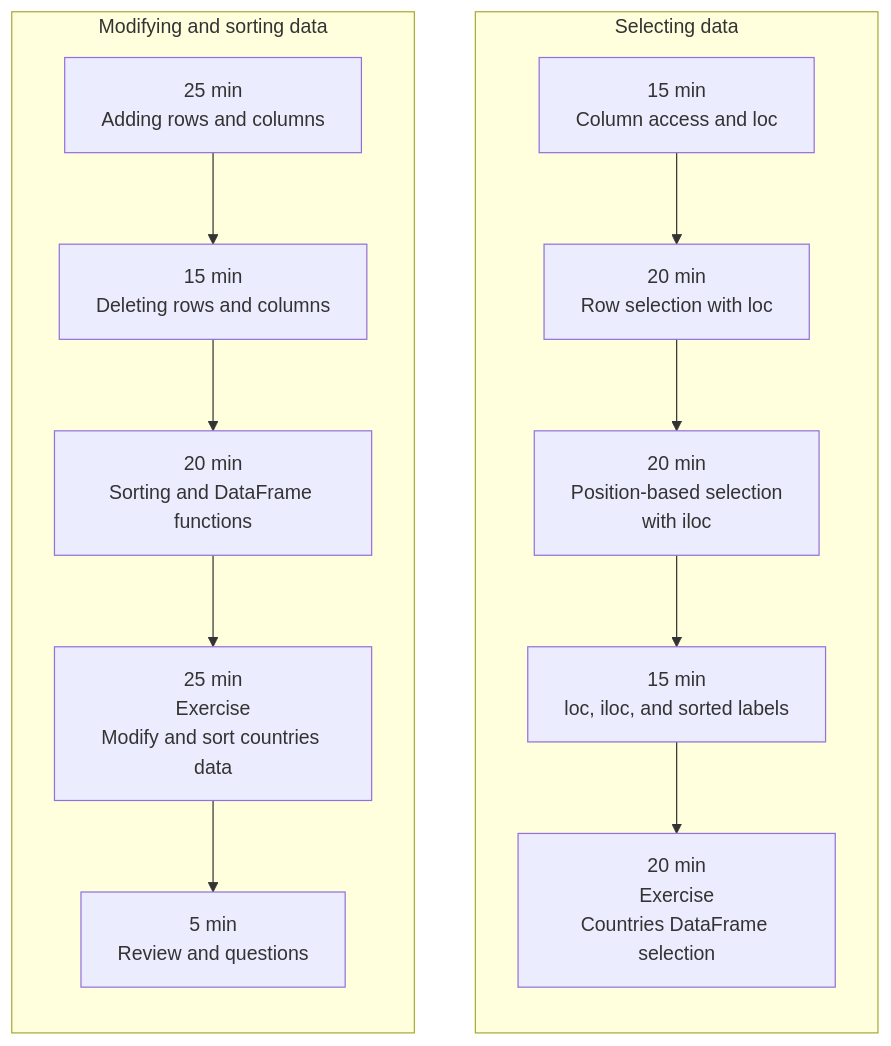
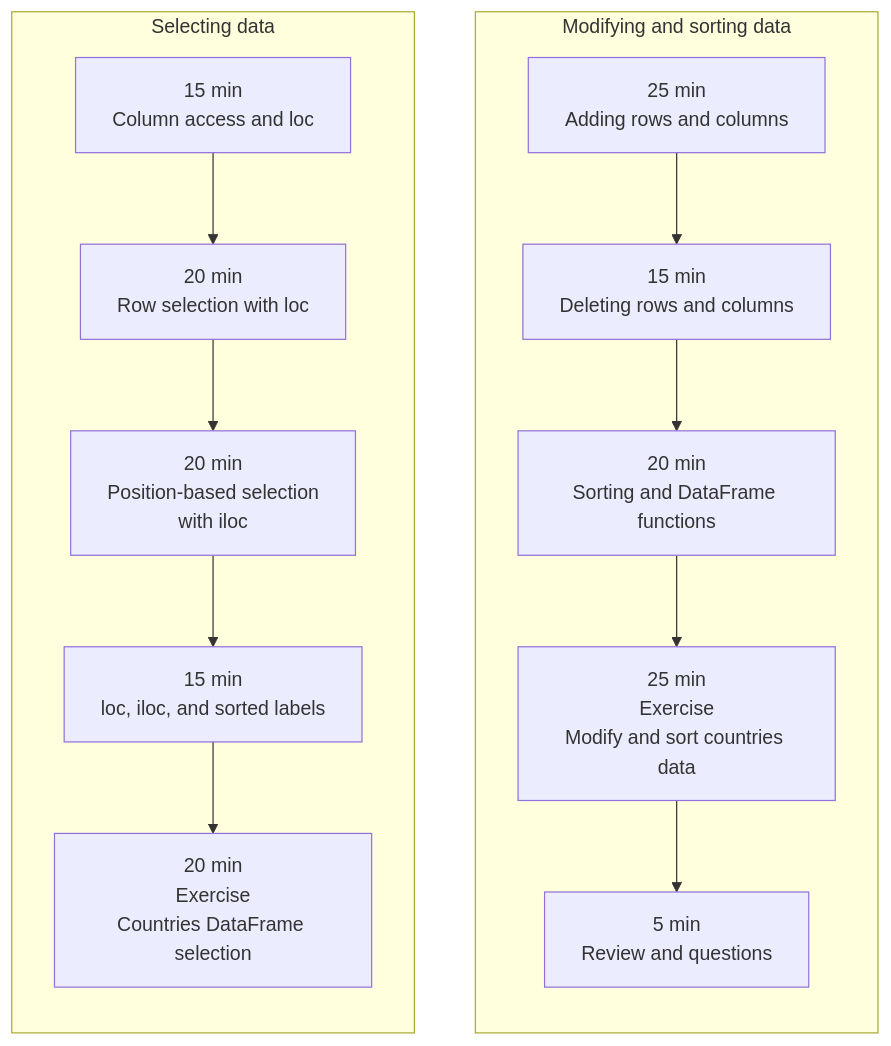
Before and after one commit to fs-ise/introduction-to-programming: the diagram in notes/session_05.qmd, drawn with Mermaid. The commit also changed 9 other files, not shown here.

Commit message:
update mermaid summary

````diff
--- a/notes/session_05.qmd
+++ b/notes/session_05.qmd
@@ -8,27 +7,28 @@
 ```{mermaid}
 %%| fig-width: 5
 
 flowchart
+
+  subgraph RIGHT[Modifying and sorting data]
+    direction TB
+    B1["25 min<br/>Adding rows and columns"]
+    B2["15 min<br/>Deleting rows and columns"]
+    B3["20 min<br/>Sorting and DataFrame functions"]
+    B4["25 min<br/>Exercise<br/>Modify and sort countries data"]
+    B5["5 min<br/>Review and questions"]
+
+    B1 --> B2 --> B3 --> B4 --> B5
+  end
 
   subgraph LEFT[Selecting data]
     direction TB
     A1["15 min<br/>Column access and loc"]
     A2["20 min<br/>Row selection with loc"]
     A3["20 min<br/>Position-based selection<br/>with iloc"]
     A4["15 min<br/>loc, iloc, and sorted labels"]
     A5["20 min<br/>Exercise<br/>Countries DataFrame selection"]
 
     A1 --> A2 --> A3 --> A4 --> A5
   end
 
-  subgraph RIGHT[Modifying and sorting data]
-    direction TB
-    B1["25 min<br/>Adding rows and columns"]
-    B2["15 min<br/>Deleting rows and columns"]
-    B3["20 min<br/>Sorting and DataFrame functions"]
-    B4["25 min<br/>Exercise<br/>Modify and sort countries data"]
-    B5["5 min<br/>Review and questions"]
-
-    B1 --> B2 --> B3 --> B4 --> B5
-  end
 ```
````
